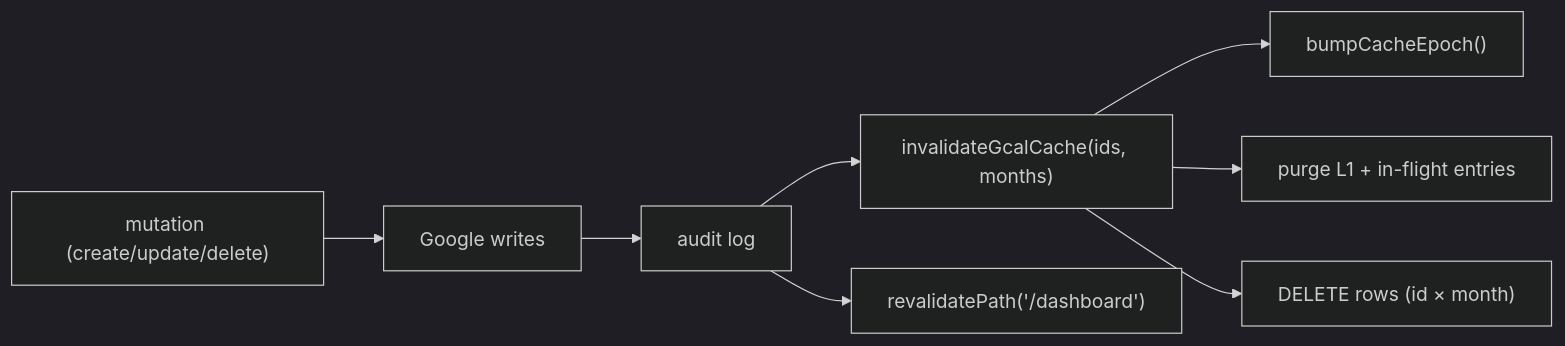
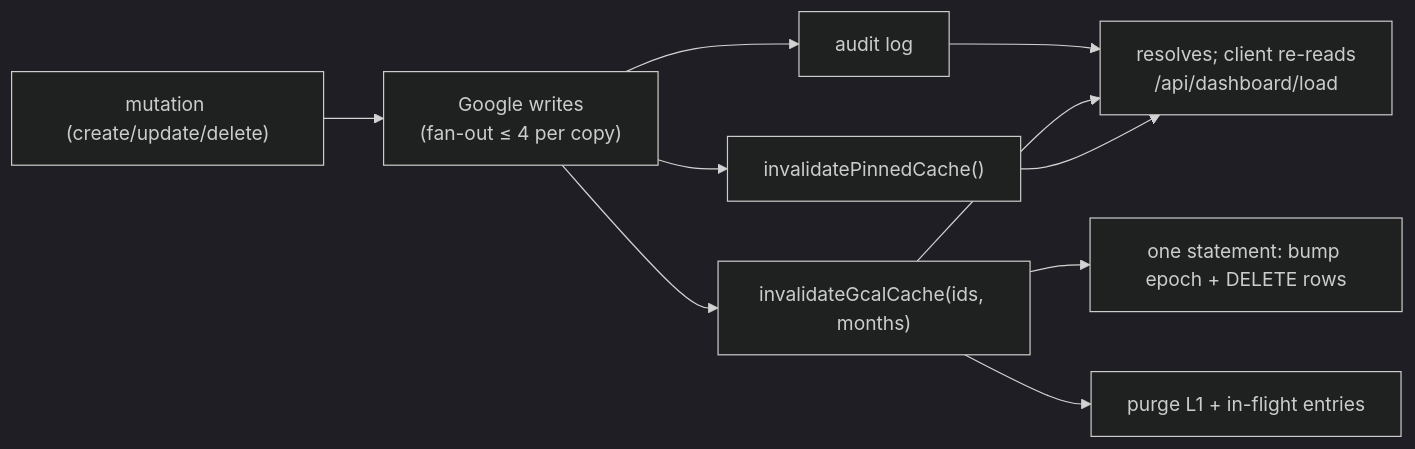
One commit to oncloudnintynineone-source/cloudy2 changed the fifth of 7 diagrams in docs/events-cache.md. Above: the diagram before and after it, drawn with Mermaid (dark theme). The commit also changed other lines of this file and 36 other files, not shown here.

````diff
--- a/docs/events-cache.md
+++ b/docs/events-cache.md
@@ -332,10 +334,12 @@
 ```mermaid
 flowchart LR
- A["mutation (create/update/delete)"] --> B["Google writes"]
+ A["mutation (create/update/delete)"] --> B["Google writes<br/>(fan-out ≤ 4 per copy)"]
  B --> C["audit log"]
- C --> D["invalidateGcalCache(ids, months)"]
- D --> H["bumpCacheEpoch()"]
+ B --> D["invalidateGcalCache(ids, months)"]
+ B --> P["invalidatePinnedCache()"]
+ C --> R["resolves; client re-reads<br/>/api/dashboard/load"]
+ D --> R
+ P --> R
+ D --> H["one statement: bump epoch + DELETE rows"]
  D --> E["purge L1 + in-flight entries"]
- D --> F["DELETE rows (id × month)"]
- C --> G["revalidatePath('/dashboard')"]
 ```
````
